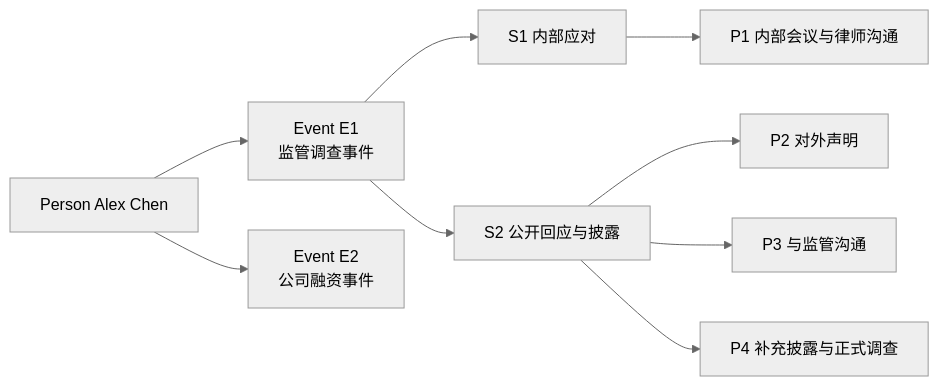
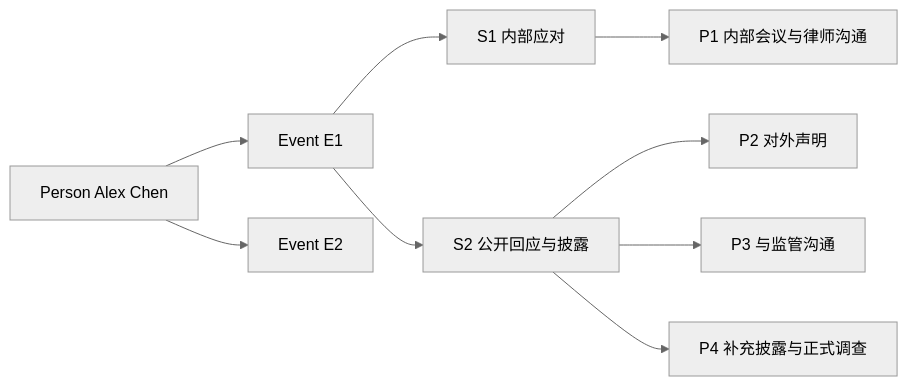
The first of 3 diagrams in docs/structures/6-illustrative-example.md (AgenticFinLab/FinMycelium), drawn with Mermaid (neutral theme) before and after one commit. The commit also changed 8 other files, not shown here.

First line of the commit message:
docs: fix Mermaid render errors and simplify framework diagrams

````diff
--- a/docs/structures/6-illustrative-example.md
+++ b/docs/structures/6-illustrative-example.md
@@ -20,11 +20,11 @@
 ```mermaid
 flowchart LR
-    P["Person Alex Chen"] --> E1["Event E1<br/>监管调查事件"]
-    P --> E2["Event E2<br/>公司融资事件"]
+    P["Person Alex Chen"] --> E1["Event E1"]
+    P --> E2["Event E2"]
     E1 --> S1["S1 内部应对"]
     E1 --> S2["S2 公开回应与披露"]
     S1 --> P1["P1 内部会议与律师沟通"]
     S2 --> P2["P2 对外声明"]
     S2 --> P3["P3 与监管沟通"]
     S2 --> P4["P4 补充披露与正式调查"]
 ```
````
